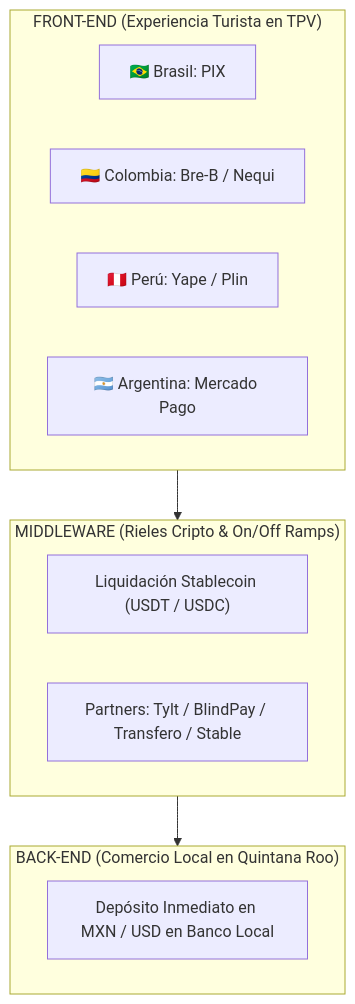
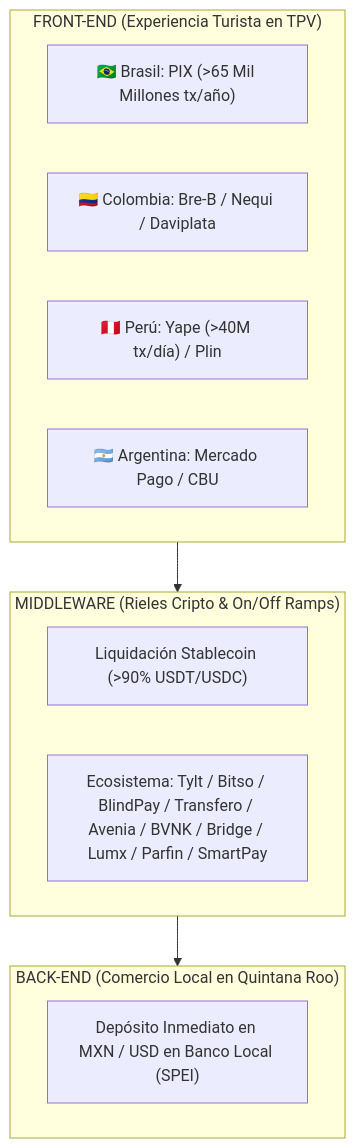
One commit to agutierrez11/riviera-maya-payments changed the diagram in ESTRATEGIA_INFRAESTRUCTURA_STABLECOINS_APMS_FETUR.md. Above: the diagram before and after it, drawn with Mermaid. The commit also changed other lines of this file, not shown here.

Commit message:
feat: actualizacion de mapa de conectividad PIX a Stablecoins (Tylt, BVNK, Bitso, Avenia) e impacto de >65B transacciones

````diff
--- a/ESTRATEGIA_INFRAESTRUCTURA_STABLECOINS_APMS_FETUR.md
+++ b/ESTRATEGIA_INFRAESTRUCTURA_STABLECOINS_APMS_FETUR.md
@@ -17,20 +17,20 @@
 ```mermaid
 flowchart TD
     subgraph FRONTEND ["FRONT-END (Experiencia Turista en TPV)"]
-        A["🇧🇷 Brasil: PIX"]
-        B["🇨🇴 Colombia: Bre-B / Nequi"]
-        C["🇵🇪 Perú: Yape / Plin"]
-        D["🇦🇷 Argentina: Mercado Pago"]
+        A["🇧🇷 Brasil: PIX (>65 Mil Millones tx/año)"]
+        B["🇨🇴 Colombia: Bre-B / Nequi / Daviplata"]
+        C["🇵🇪 Perú: Yape (>40M tx/día) / Plin"]
+        D["🇦🇷 Argentina: Mercado Pago / CBU"]
     end
 
     subgraph ENGINE ["MIDDLEWARE (Rieles Cripto & On/Off Ramps)"]
-        E["Liquidación Stablecoin (USDT / USDC)"]
-        F["Partners: Tylt / BlindPay / Transfero / Stable"]
+        E["Liquidación Stablecoin (>90% USDT/USDC)"]
+        F["Ecosistema: Tylt / Bitso / BlindPay / Transfero / Avenia / BVNK / Bridge / Lumx / Parfin / SmartPay"]
     end
 
     subgraph BACKEND ["BACK-END (Comercio Local en Quintana Roo)"]
-        G["Depósito Inmediato en MXN / USD en Banco Local"]
+        G["Depósito Inmediato en MXN / USD en Banco Local (SPEI)"]
     end
 
     FRONTEND --> ENGINE --> BACKEND
 ```
````
